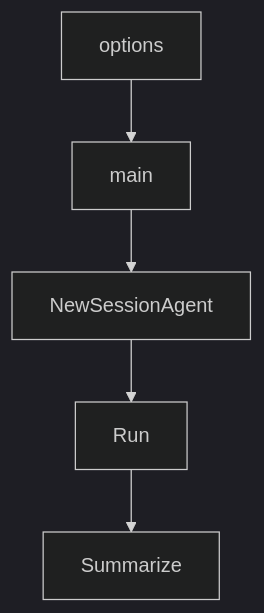
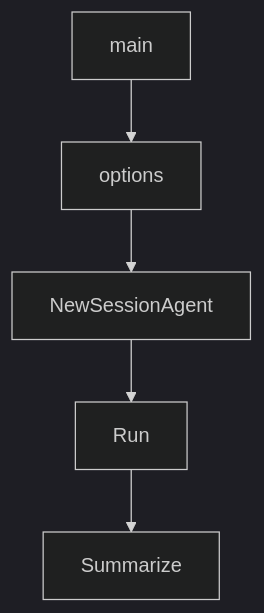
The diagram in tutorials/crush-tutorial/01-getting-started.md (johnxie/awesome-code-docs), drawn with Mermaid (dark theme) before and after one commit. The commit also changed other lines of this file and 1232 other files, not shown here.

````diff
--- a/tutorials/crush-tutorial/01-getting-started.md
+++ b/tutorials/crush-tutorial/01-getting-started.md
@@ -230,12 +233,12 @@
 ```mermaid
 flowchart TD
-    A[options]
-    B[main]
+    A[main]
+    B[options]
     C[NewSessionAgent]
     D[Run]
     E[Summarize]
     A --> B
     B --> C
     C --> D
     D --> E
 ```
````
